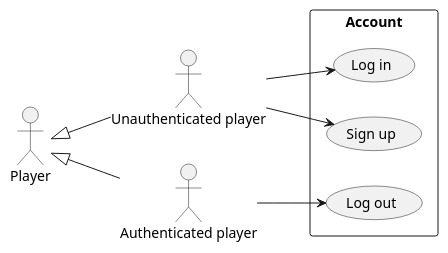
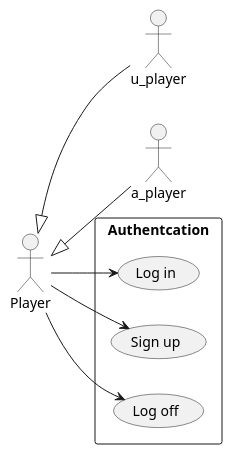
The diagram in PSI_2nd_trial/Diagrams/use_case_account.puml (Cryptic5/itsSoOverlief), drawn with PlantUML before and after one commit. The commit also changed 2 other files, not shown here.

Commit message:
package diagramos

```diff
--- a/PSI_2nd_trial/Diagrams/use_case_account.puml
+++ b/PSI_2nd_trial/Diagrams/use_case_account.puml
@@ -1,21 +1,18 @@
 @startuml use_case_account
 ' !pragma layout smetana
 left to right direction
 :Player: as player
-:Unauthenticated player: as u_player
-:Authenticated player: as a_player
 
-rectangle "Account" as account {
+rectangle "Authentcation" as account {
     usecase "Log in" as log_in
     usecase "Sign up" as sign_up
-    usecase "Log out" as log_out
+    usecase "Log off" as log_out
 }
 
 player <|-- u_player
 player <|-- a_player
 
-u_player --> log_in
-u_player --> sign_up
-
-a_player --> log_out
+player --> log_in
+player --> sign_up
+player --> log_out
 @enduml
```
